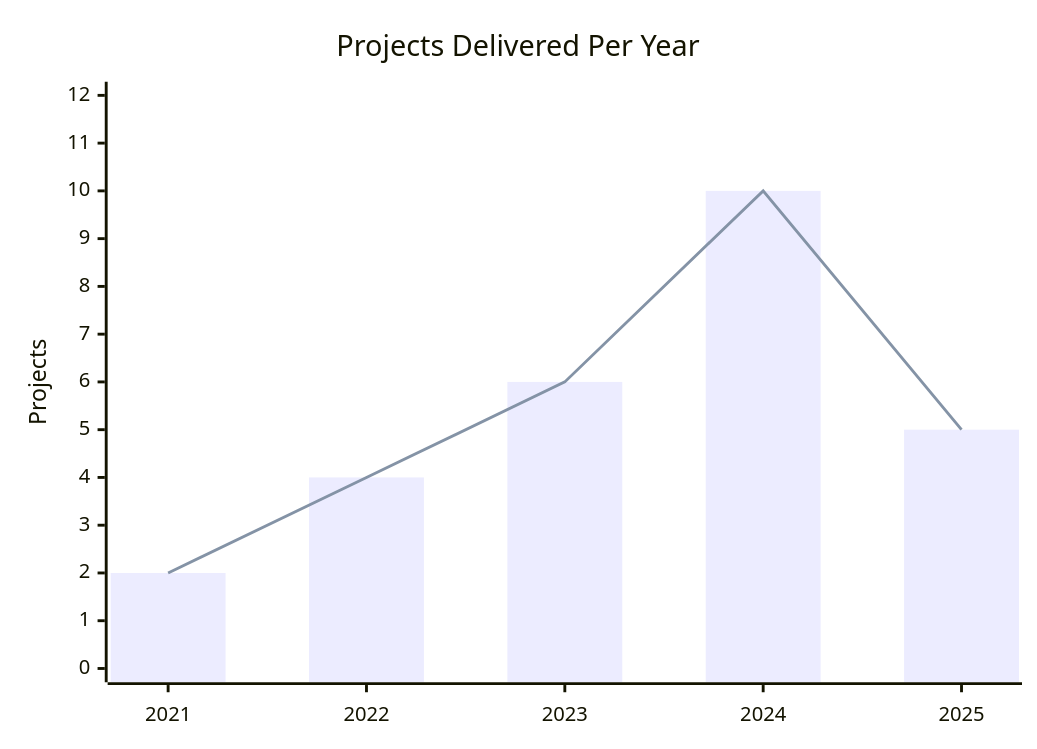
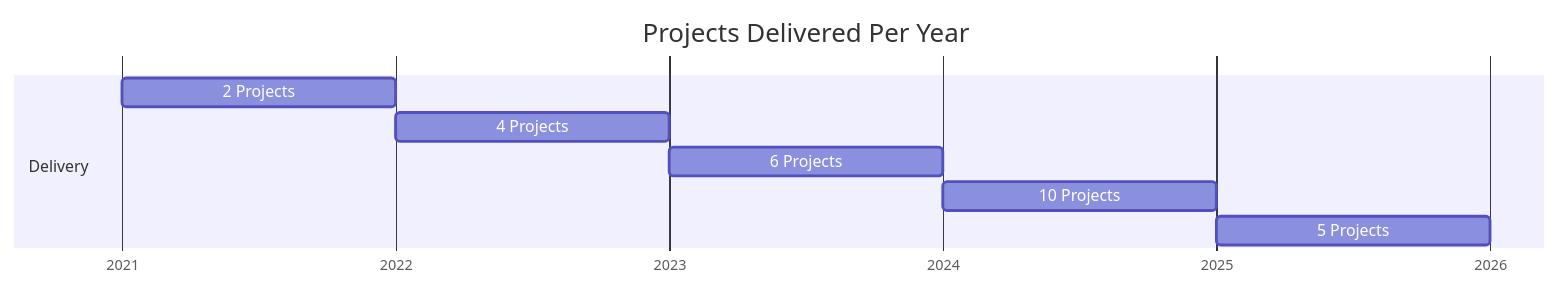
One commit to Hamza-Kahloon786/Hamza-Kahloon786 changed the ninth of 10 diagrams in README.md. Above: the diagram before and after it, drawn with Mermaid. The commit also changed other lines of this file and 23 other files, not shown here.

````diff
--- a/README.md
+++ b/README.md
@@ -309,8 +322,12 @@
 ```mermaid
-xychart-beta
-    title "Projects Delivered Per Year"
-    x-axis [2021, 2022, 2023, 2024, 2025]
-    y-axis "Projects" 0 --> 12
-    bar [2, 4, 6, 10, 5]
-    line [2, 4, 6, 10, 5]
+gantt
+    title Projects Delivered Per Year
+    dateFormat YYYY
+    axisFormat %Y
+    section Delivery
+    2 Projects   : 2021, 2022
+    4 Projects   : 2022, 2023
+    6 Projects   : 2023, 2024
+    10 Projects  : 2024, 2025
+    5 Projects   : 2025, 2026
 ```
````
